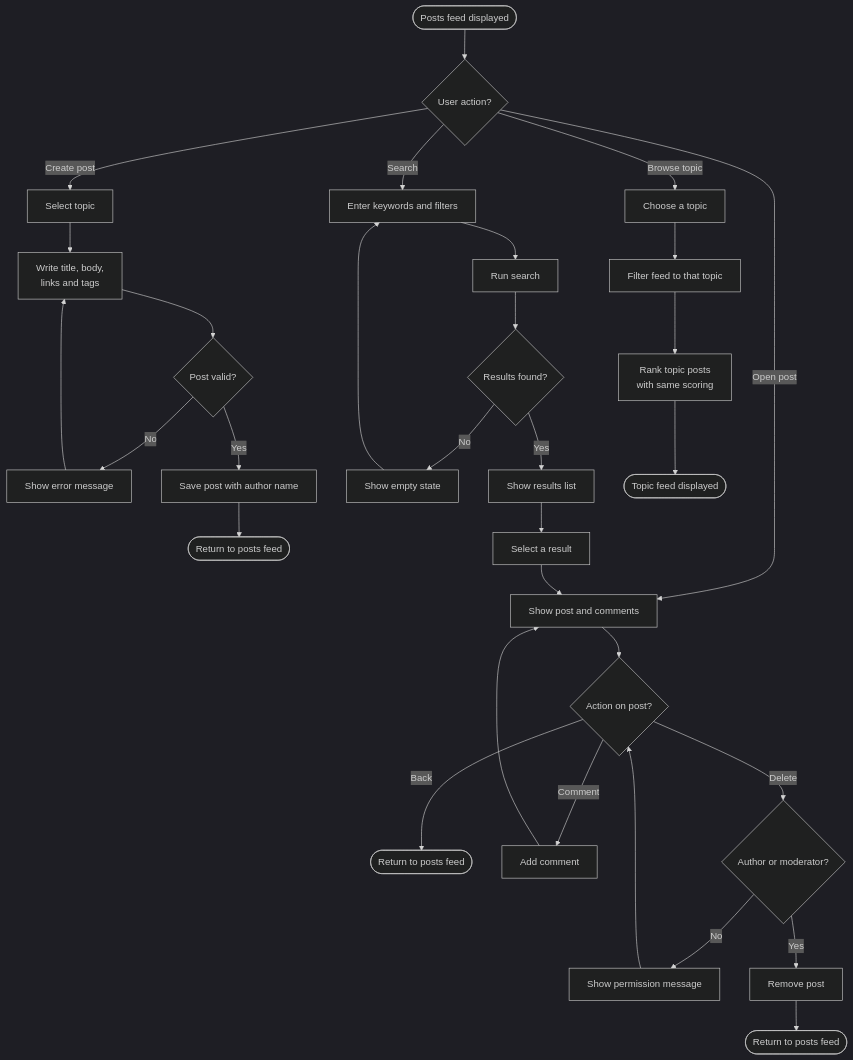
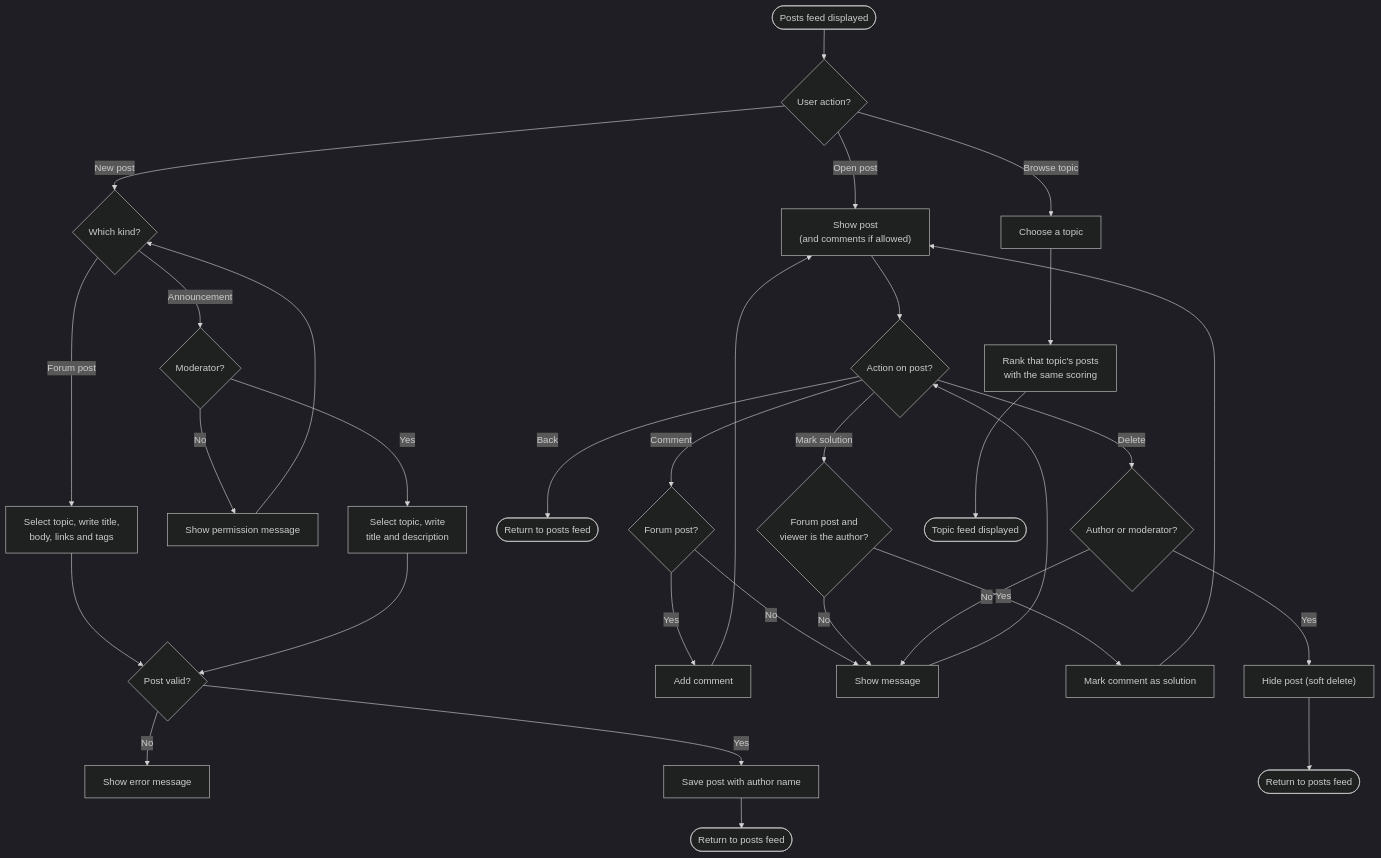
The second of 3 diagrams in forums/README.md (JamieMIP/Team-11-Project), drawn with Mermaid (dark theme) before and after one commit. The commit also changed other lines of this file, not shown here.

Commit message:
Rewritten the forums readme with post types, updated diagrams, and a guide for UI

````diff
--- a/forums/README.md
+++ b/forums/README.md
@@ -59,37 +41,37 @@
 ```mermaid
 flowchart TD
     S(["Posts feed displayed"]) --> ACT{"User action?"}
 
-    ACT -- Create post --> C1["Select topic"]
-    C1 --> C2["Write title, body,<br/>links and tags"]
-    C2 --> CV{"Post valid?"}
+    ACT -- New post --> K{"Which kind?"}
+    K -- Forum post --> F1["Select topic, write title,<br/>body, links and tags"]
+    K -- Announcement --> AM{"Moderator?"}
+    AM -- No --> AE["Show permission message"]
+    AE --> K
+    AM -- Yes --> A1["Select topic, write<br/>title and description"]
+    F1 --> CV{"Post valid?"}
+    A1 --> CV
     CV -- No --> CE["Show error message"]
-    CE --> C2
     CV -- Yes --> C3["Save post with author name"]
     C3 --> CR(["Return to posts feed"])
 
-    ACT -- Open post --> O1["Show post and comments"]
+    ACT -- Open post --> O1["Show post<br/>(and comments if allowed)"]
     O1 --> OD{"Action on post?"}
     OD -- Back --> OB(["Return to posts feed"])
-    OD -- Comment --> OC["Add comment"]
+    OD -- Comment --> OCA{"Forum post?"}
+    OCA -- Yes --> OC["Add comment"]
     OC --> O1
+    OCA -- No --> OE["Show message"]
+    OD -- Mark solution --> OS{"Forum post and<br/>viewer is the author?"}
+    OS -- Yes --> OSY["Mark comment as solution"]
+    OSY --> O1
+    OS -- No --> OE
     OD -- Delete --> OM{"Author or moderator?"}
-    OM -- No --> OE["Show permission message"]
+    OM -- No --> OE
     OE --> OD
-    OM -- Yes --> OR["Remove post"]
+    OM -- Yes --> OR["Hide post (soft delete)"]
     OR --> OEND(["Return to posts feed"])
 
-    ACT -- Search --> S1["Enter keywords and filters"]
-    S1 --> S2["Run search"]
-    S2 --> SV{"Results found?"}
-    SV -- No --> SE["Show empty state"]
-    SE --> S1
-    SV -- Yes --> S3["Show results list"]
-    S3 --> S4["Select a result"]
-    S4 --> O1
-
     ACT -- Browse topic --> T1["Choose a topic"]
-    T1 --> T2["Filter feed to that topic"]
-    T2 --> T3["Rank topic posts<br/>with same scoring"]
-    T3 --> T4(["Topic feed displayed"])
+    T1 --> T2["Rank that topic's posts<br/>with the same scoring"]
+    T2 --> T3(["Topic feed displayed"])
 ```
````
